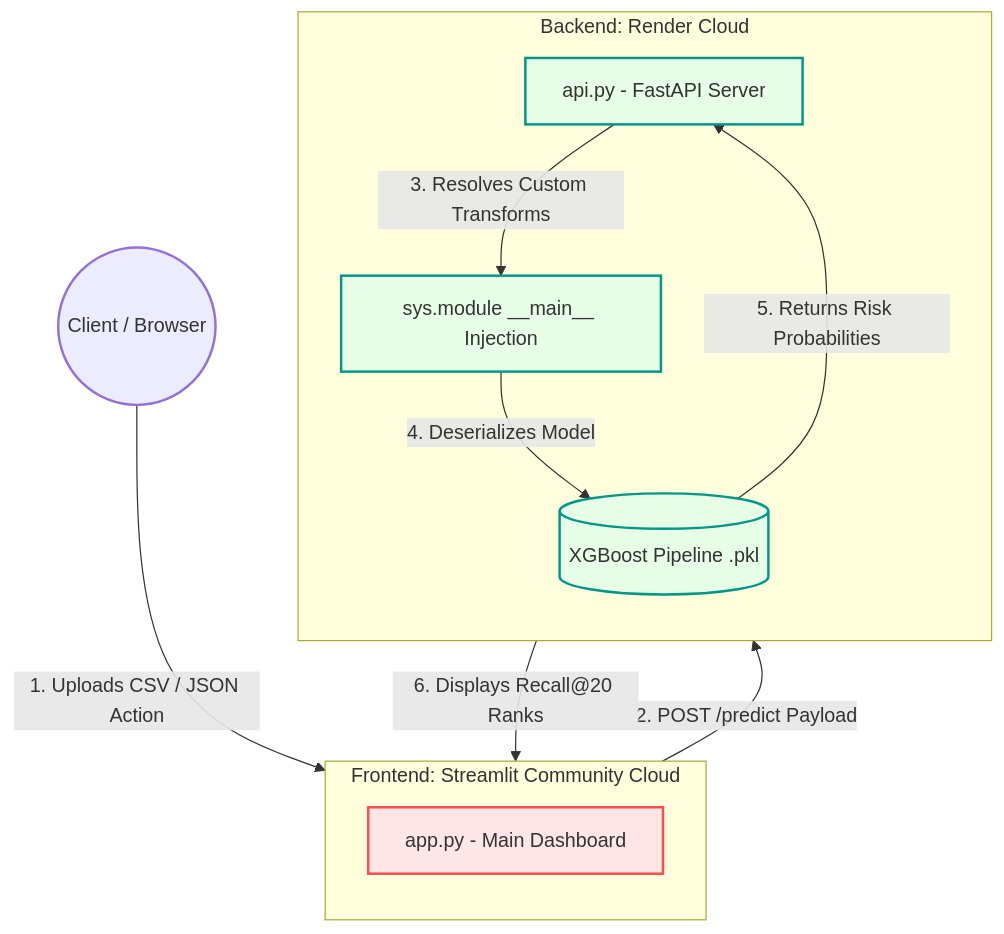
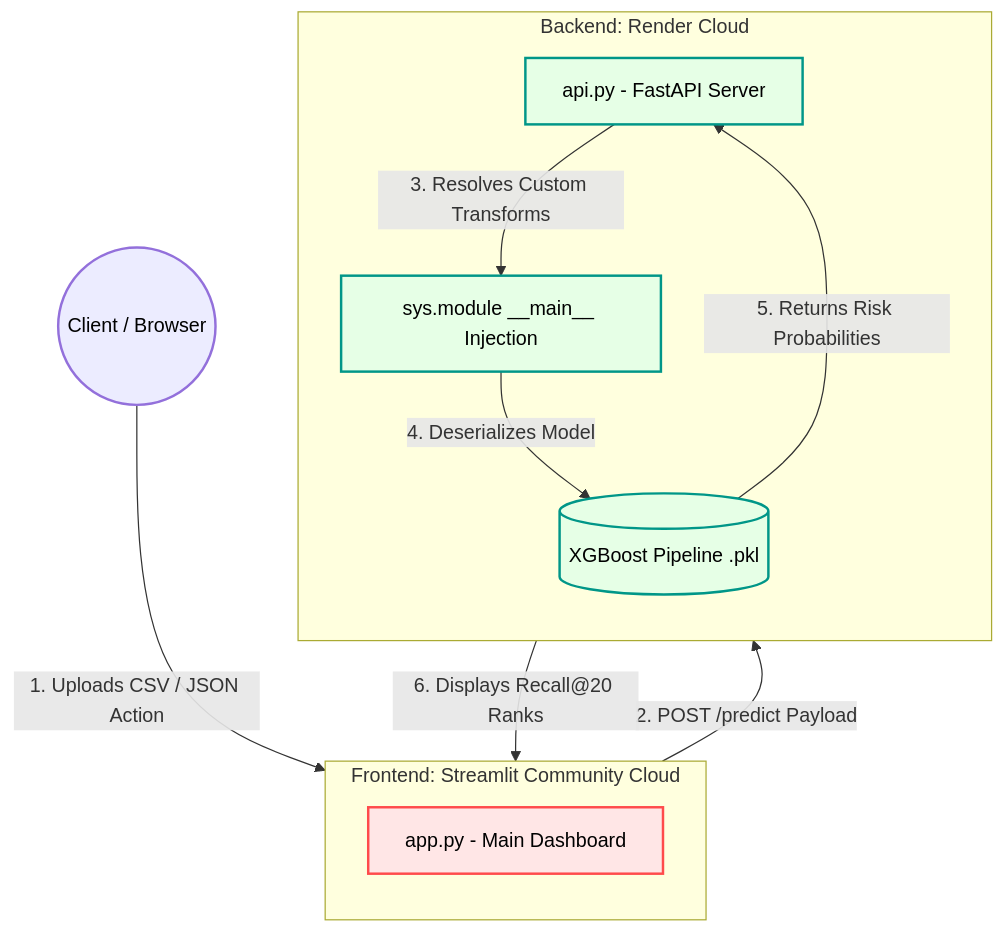
The diagram in README.md (Priyanshu-Upadhyay-27/end-to-end-churn-ml), drawn with Mermaid before and after one commit.

Commit message:
Modify styling elements for improved text contrast
Updated styling elements to enforce black text for better contrast.

````diff
--- a/README.md
+++ b/README.md
@@ -25,36 +25,36 @@
 ```mermaid
 graph TD
     %% Client Node
     Client((Client / Browser))
 
     %% Streamlit Environment
     subgraph Streamlit ["Frontend: Streamlit Community Cloud"]
         direction TB
         App[app.py - Main Dashboard]
     end
 
     %% Render Environment
     subgraph Render ["Backend: Render Cloud"]
         direction TB
         FastAPI[api.py - FastAPI Server]
         Namespace[sys.module __main__ Injection]
         XGBoost[(XGBoost Pipeline .pkl)]
     end
 
     %% Core Prediction Flow
     Client -- "1. Uploads CSV / JSON Action" --> App
     App -- "2. POST /predict Payload" --> FastAPI
     FastAPI -- "3. Resolves Custom Transforms" --> Namespace
     Namespace -- "4. Deserializes Model" --> XGBoost
     XGBoost -- "5. Returns Risk Probabilities" --> FastAPI
     FastAPI -- "6. Displays Recall@20 Ranks" --> App
 
-    %% Styling Elements
-    classDef browser fill:#ececff,stroke:#9370db,stroke-width:2px;
-    classDef frontend fill:#ffe6e6,stroke:#ff4b4b,stroke-width:2px;
-    classDef backend fill:#e6ffe6,stroke:#009688,stroke-width:2px;
+    %% Styling Elements (Forced Black Text for Contrast)
+    classDef browser fill:#ececff,stroke:#9370db,stroke-width:2px,color:#000000;
+    classDef frontend fill:#ffe6e6,stroke:#ff4b4b,stroke-width:2px,color:#000000;
+    classDef backend fill:#e6ffe6,stroke:#009688,stroke-width:2px,color:#000000;
 
     class Client browser;
     class App frontend;
     class FastAPI,Namespace,XGBoost backend;
 ```
````
